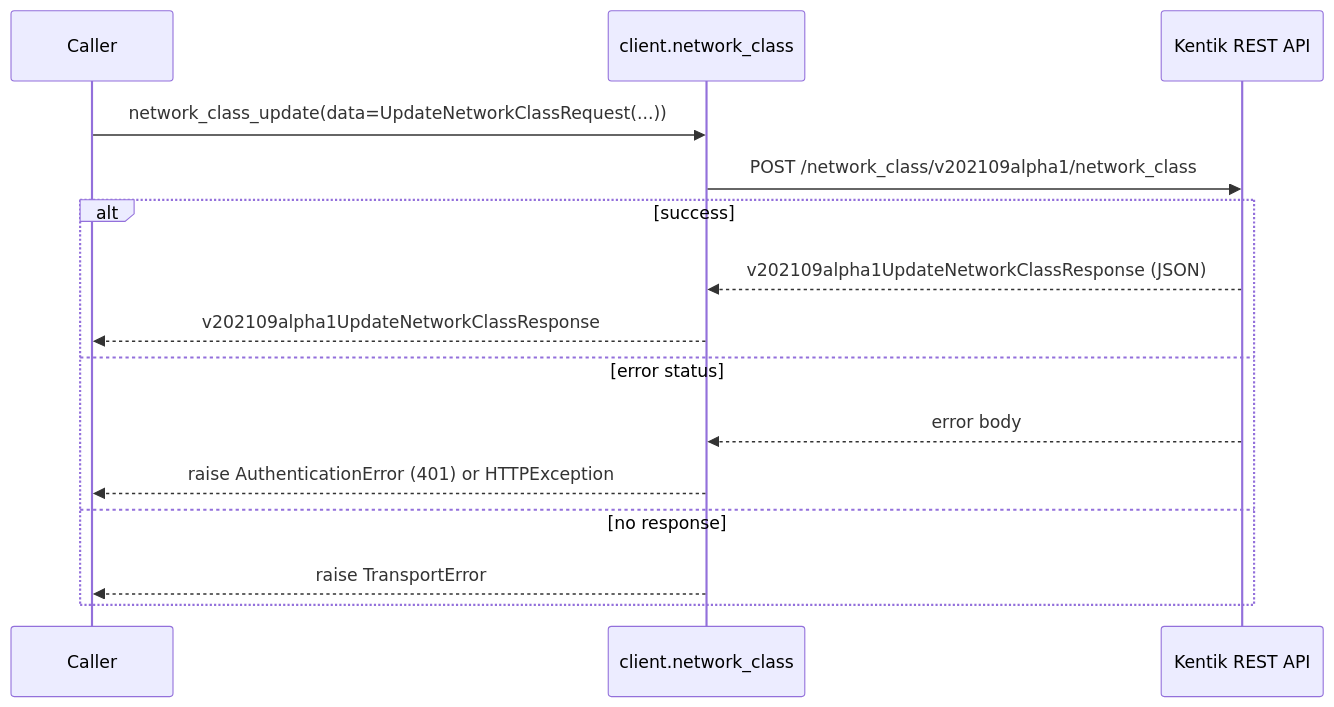
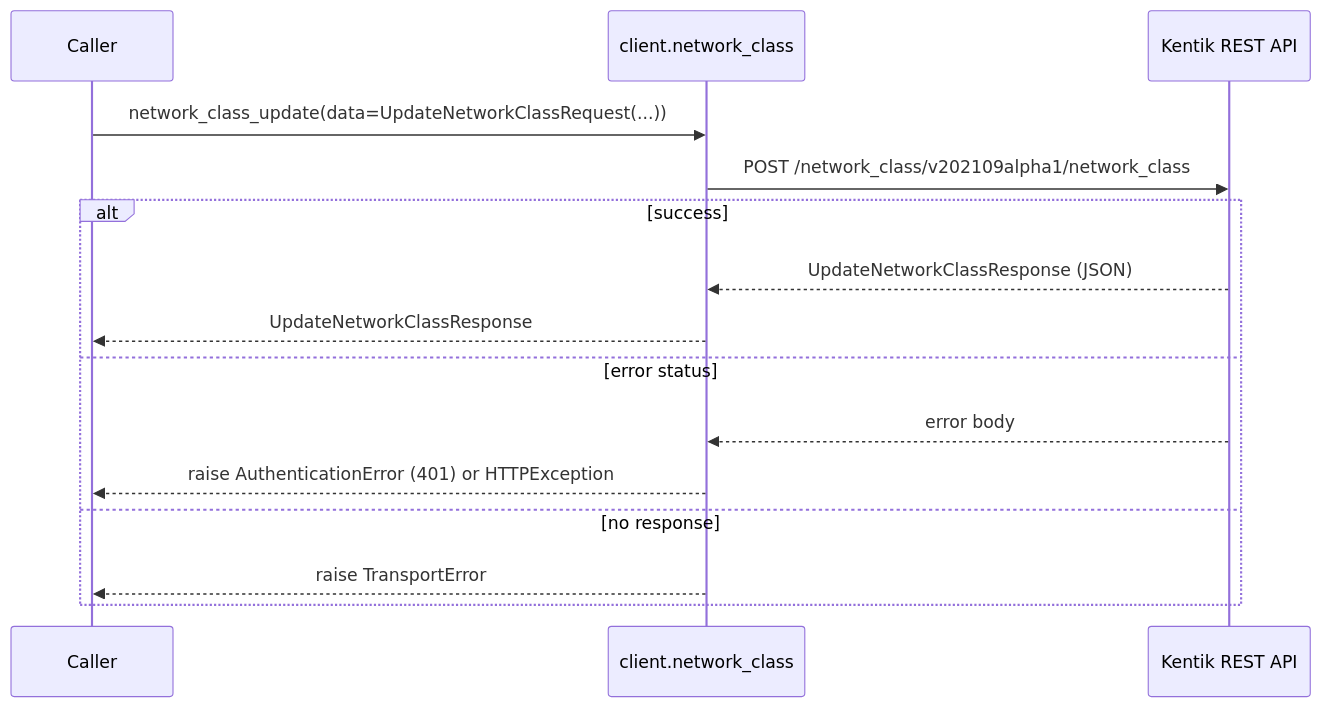
One commit to alexdearaujo/community_sdk_python changed the fourth of 6 diagrams in docs/sphinx/services/network_class.md. Above: the diagram before and after it, drawn with Mermaid. The commit also changed other lines of this file and 38 other files, not shown here.

````diff
--- a/docs/sphinx/services/network_class.md
+++ b/docs/sphinx/services/network_class.md
@@ -106,18 +106,18 @@
 ```mermaid
 sequenceDiagram
     participant C as Caller
     participant W as client.network_class
     participant API as Kentik REST API
 
     C->>W: network_class_update(data=UpdateNetworkClassRequest(...))
     W->>API: POST /network_class/v202109alpha1/network_class
     alt success
-        API-->>W: v202109alpha1UpdateNetworkClassResponse (JSON)
-        W-->>C: v202109alpha1UpdateNetworkClassResponse
+        API-->>W: UpdateNetworkClassResponse (JSON)
+        W-->>C: UpdateNetworkClassResponse
     else error status
         API-->>W: error body
         W-->>C: raise AuthenticationError (401) or HTTPException
     else no response
         W-->>C: raise TransportError
     end
 ```
````
